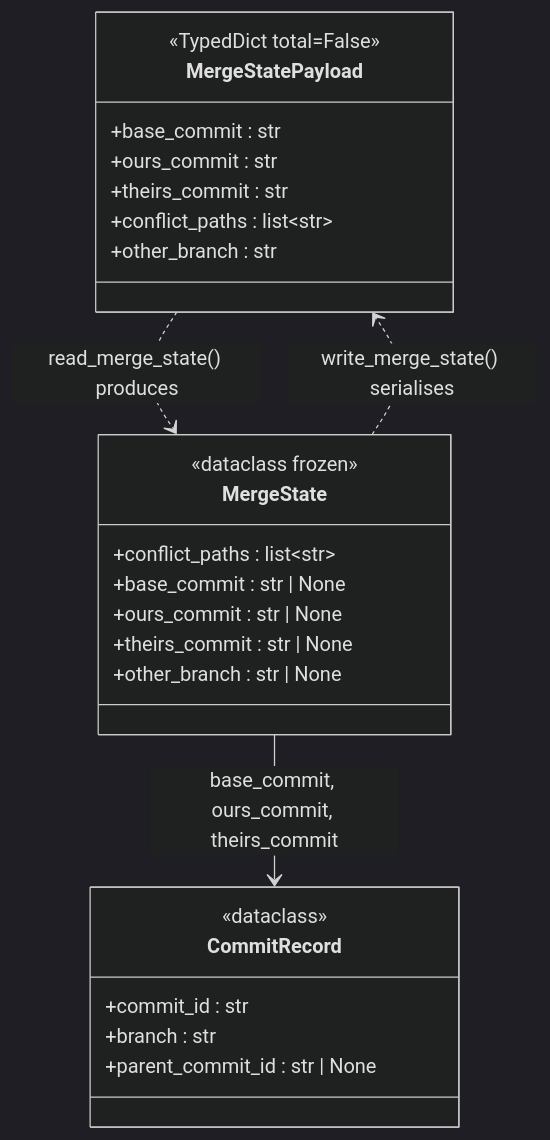
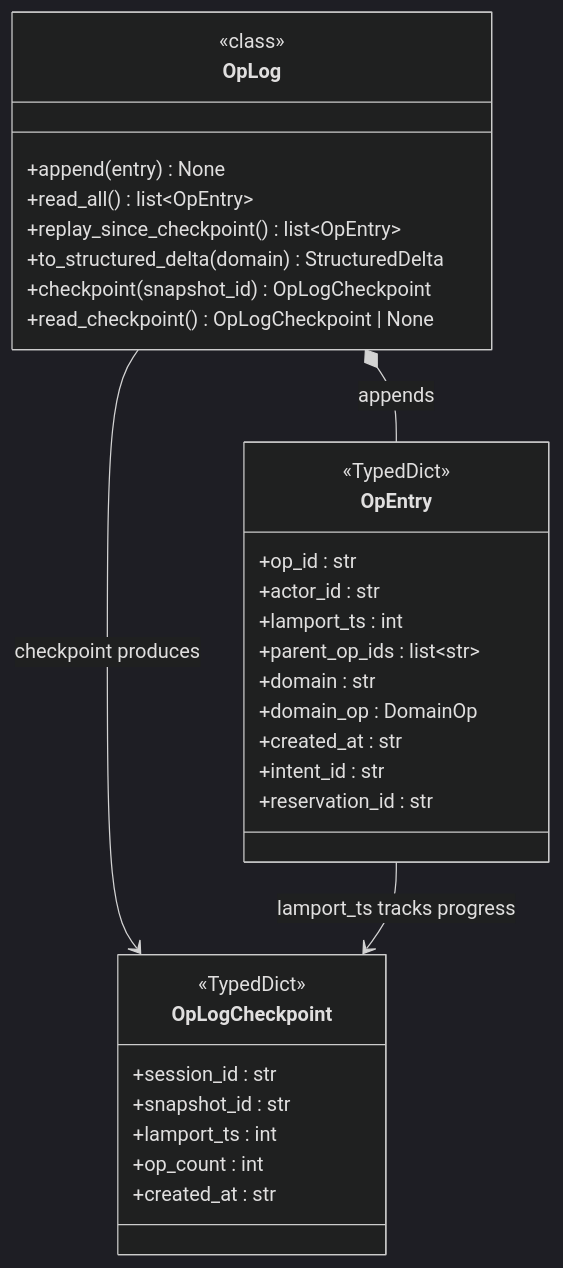
Before and after one commit to cgcardona/muse: the sixth of 11 diagrams in docs/reference/type-contracts.md, drawn with Mermaid (dark theme). The commit also changed other lines of this file, not shown here.

````diff
--- a/docs/reference/type-contracts.md
+++ b/docs/reference/type-contracts.md
@@ -1050,29 +1948,36 @@
 ```mermaid
 classDiagram
-    class MergeStatePayload {
-        <<TypedDict total=False>>
-        +base_commit : str
-        +ours_commit : str
-        +theirs_commit : str
-        +conflict_paths : list~str~
-        +other_branch : str
+    class OpEntry {
+        <<TypedDict>>
+        +op_id : str
+        +actor_id : str
+        +lamport_ts : int
+        +parent_op_ids : list~str~
+        +domain : str
+        +domain_op : DomainOp
+        +created_at : str
+        +intent_id : str
+        +reservation_id : str
     }
-    class MergeState {
-        <<dataclass frozen>>
-        +conflict_paths : list~str~
-        +base_commit : str | None
-        +ours_commit : str | None
-        +theirs_commit : str | None
-        +other_branch : str | None
+    class OpLogCheckpoint {
+        <<TypedDict>>
+        +session_id : str
+        +snapshot_id : str
+        +lamport_ts : int
+        +op_count : int
+        +created_at : str
     }
-    class CommitRecord {
-        <<dataclass>>
-        +commit_id : str
-        +branch : str
-        +parent_commit_id : str | None
+    class OpLog {
+        <<class>>
+        +append(entry) None
+        +read_all() list~OpEntry~
+        +replay_since_checkpoint() list~OpEntry~
+        +to_structured_delta(domain) StructuredDelta
+        +checkpoint(snapshot_id) OpLogCheckpoint
+        +read_checkpoint() OpLogCheckpoint | None
     }
 
-    MergeStatePayload ..> MergeState : read_merge_state() produces
-    MergeState ..> MergeStatePayload : write_merge_state() serialises
-    MergeState --> CommitRecord : base_commit, ours_commit, theirs_commit
+    OpLog *-- OpEntry : appends
+    OpLog --> OpLogCheckpoint : checkpoint produces
+    OpEntry --> OpLogCheckpoint : lamport_ts tracks progress
 ```
````
